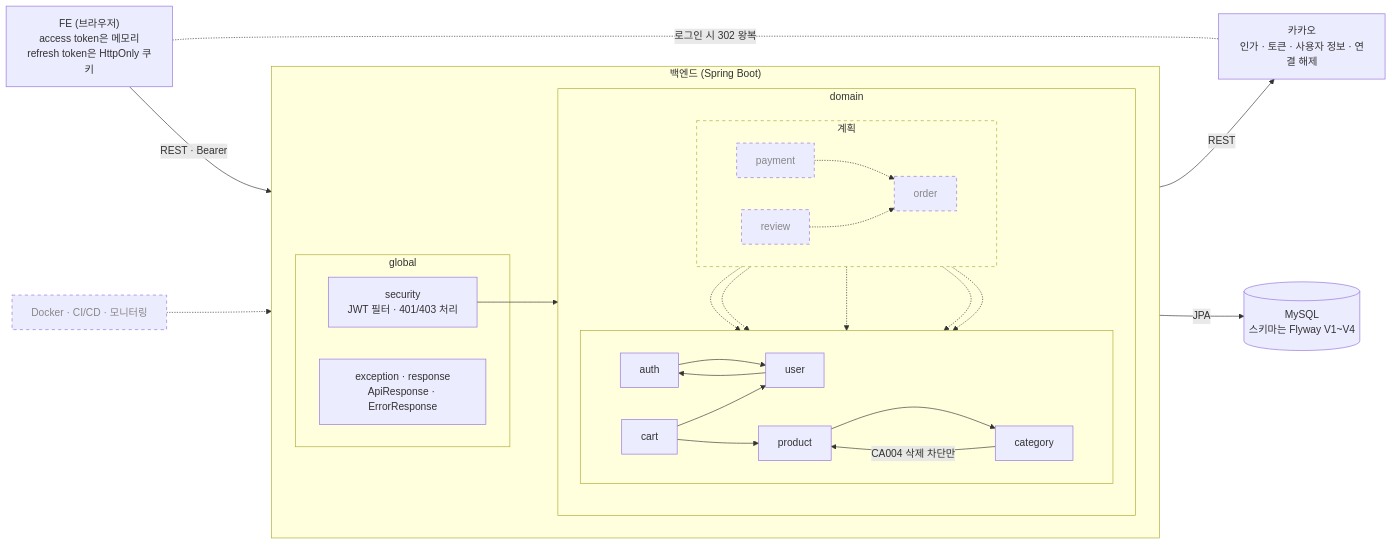
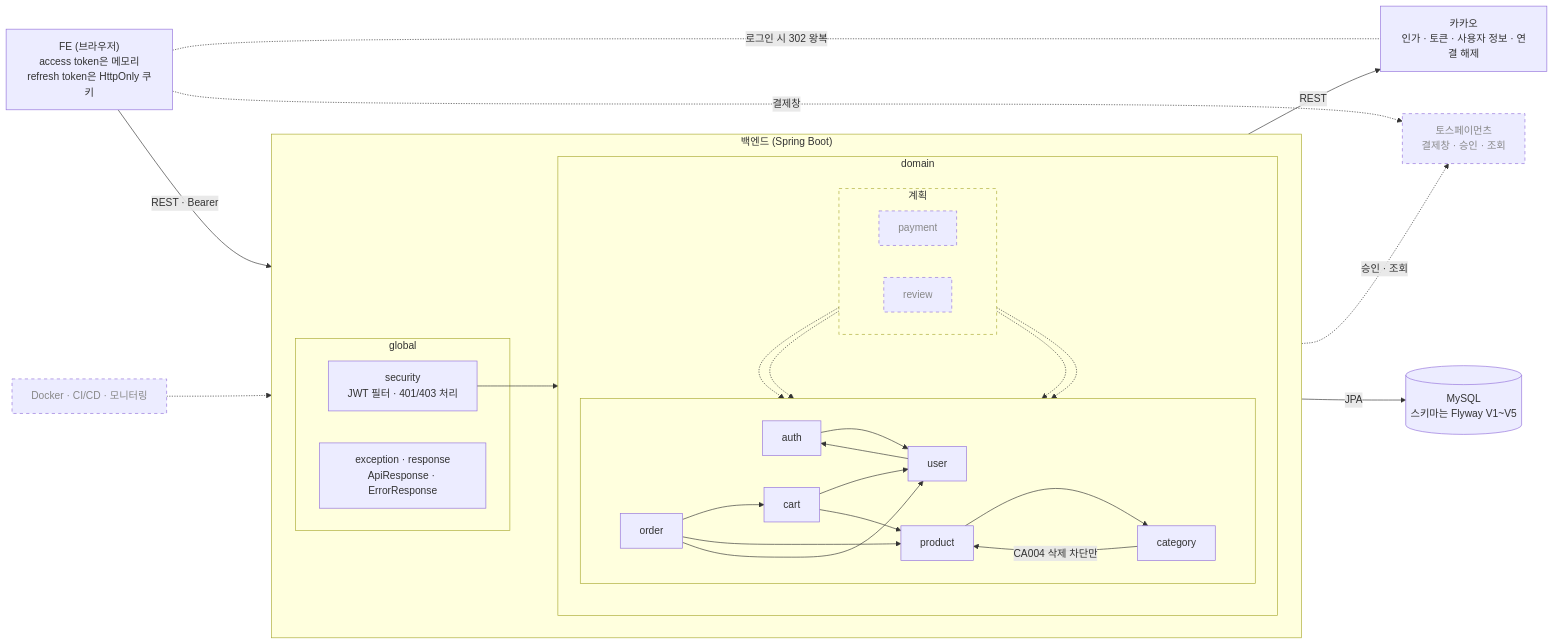
The diagram in docs/diagrams/global/system-overview.md (ComeUs-HUB/ComeUs-Server), drawn with Mermaid before and after one commit. The commit also changed other lines of this file and 12 other files, not shown here.

First line of the commit message:
docs: 주문·결제 다이어그램을 추가하고 시스템 구성도를 갱신한다

````diff
--- a/docs/diagrams/global/system-overview.md
+++ b/docs/diagrams/global/system-overview.md
@@ -12,58 +12,62 @@
 ```mermaid
 flowchart LR
     FE["FE (브라우저)<br/>access token은 메모리<br/>refresh token은 HttpOnly 쿠키"]
     Kakao["카카오<br/>인가 · 토큰 · 사용자 정보 · 연결 해제"]
-    DB[("MySQL<br/>스키마는 Flyway V1~V4")]
+    Toss["토스페이먼츠<br/>결제창 · 승인 · 조회"]:::planned
+    DB[("MySQL<br/>스키마는 Flyway V1~V5")]
 
     subgraph BE["백엔드 (Spring Boot)"]
         direction LR
         subgraph global["global"]
             Sec["security<br/>JWT 필터 · 401/403 처리"]
             Ex["exception · response<br/>ApiResponse · ErrorResponse"]
         end
         subgraph domain["domain"]
             direction TB
             subgraph built[" "]
                 direction LR
                 Auth[auth]
                 User[user]
                 Cart[cart]
                 Product[product]
                 Category[category]
+                Order[order]
             end
             subgraph next["계획"]
                 direction LR
-                Order[order]:::planned
                 Payment[payment]:::planned
                 Review[review]:::planned
             end
         end
     end
 
     Deploy["Docker · CI/CD · 모니터링"]:::planned
 
     FE -- "REST · Bearer" --> BE
     FE -. "로그인 시 302 왕복" .- Kakao
+    FE -. "결제창" .-> Toss
     Auth -- "REST" --> Kakao
+    Payment -. "승인 · 조회" .-> Toss
     BE -- "JPA" --> DB
     Sec --> User
 
     Auth --> User
     User --> Auth
     Product --> Category
     Category -- "CA004 삭제 차단만" --> Product
     Cart --> User
     Cart --> Product
 
-    Order -.-> Cart
-    Order -.-> Product
-    Order -.-> User
+    Order --> Cart
+    Order --> Product
+    Order --> User
+
     Payment -.-> Order
     Review -.-> Product
     Review -.-> User
     Review -.-> Order
     Deploy -.-> BE
 
     classDef planned stroke-dasharray: 5 5,color:#888
     style next stroke-dasharray: 5 5
 ```
````
